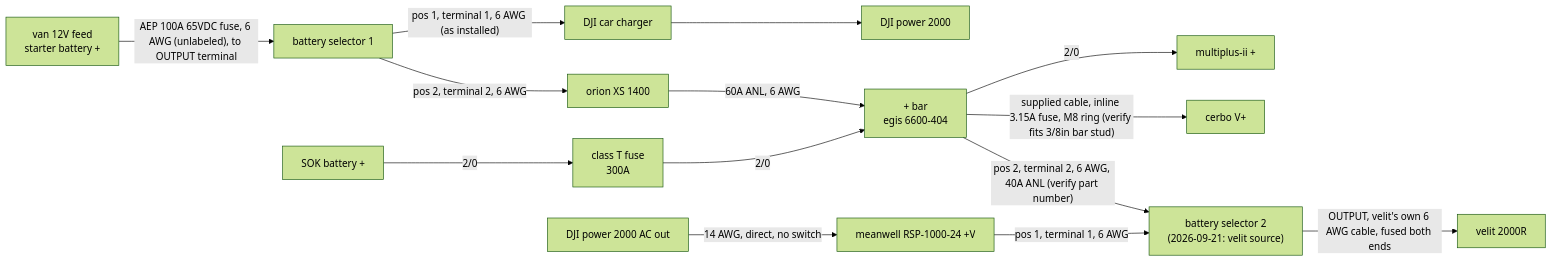
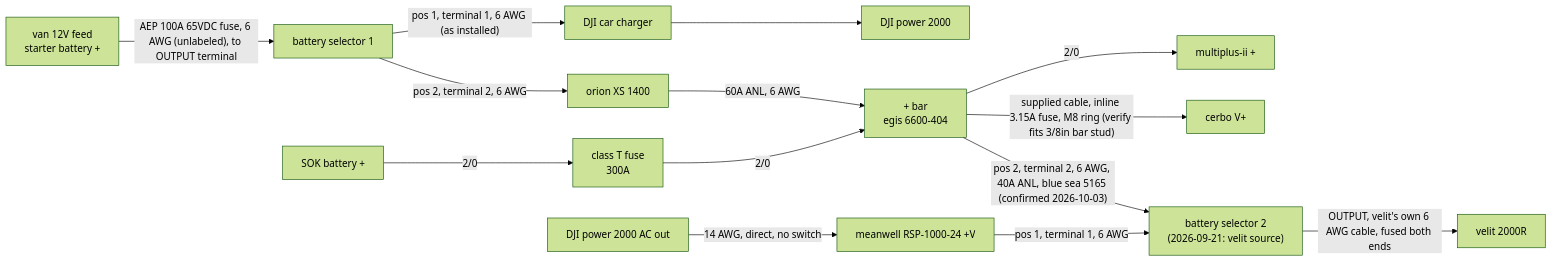
The first of 6 diagrams in electrical/diagrams.md (timit/vandalia), drawn with Mermaid (forest theme) before and after one commit. The commit also changed other lines of this file and 9 other files, not shown here.

````diff
--- a/electrical/diagrams.md
+++ b/electrical/diagrams.md
@@ -11,16 +11,16 @@
 ```mermaid
 flowchart LR
   vf["van 12V feed<br/>starter battery +"] -->|"AEP 100A 65VDC fuse, 6 AWG (unlabeled), to OUTPUT terminal"| s1["battery selector 1"]
   s1 -->|"pos 1, terminal 1, 6 AWG (as installed)"| djic["DJI car charger"]
   s1 -->|"pos 2, terminal 2, 6 AWG"| xs["orion XS 1400"]
   djic --> djip["DJI power 2000"]
   xs -->|"60A ANL, 6 AWG"| pbar["+ bar<br/>egis 6600-404"]
   sok["SOK battery +"] -->|"2/0"| ct["class T fuse<br/>300A"]
   ct -->|"2/0"| pbar
   pbar -->|"2/0"| mp["multiplus-ii +"]
   pbar -->|"supplied cable, inline 3.15A fuse, M8 ring (verify fits 3/8in bar stud)"| cerbo["cerbo V+"]
-  pbar -->|"pos 2, terminal 2, 6 AWG, 40A ANL (verify part number)"| s2["battery selector 2<br/>(2026-09-21: velit source)"]
+  pbar -->|"pos 2, terminal 2, 6 AWG, 40A ANL, blue sea 5165 (confirmed 2026-10-03)"| s2["battery selector 2<br/>(2026-09-21: velit source)"]
   mw["meanwell RSP-1000-24 +V"] -->|"pos 1, terminal 1, 6 AWG"| s2
   djiout2["DJI power 2000 AC out"] -->|"14 AWG, direct, no switch"| mw
   s2 -->|"OUTPUT, velit's own 6 AWG cable, fused both ends"| velit["velit 2000R"]
 ```
````
